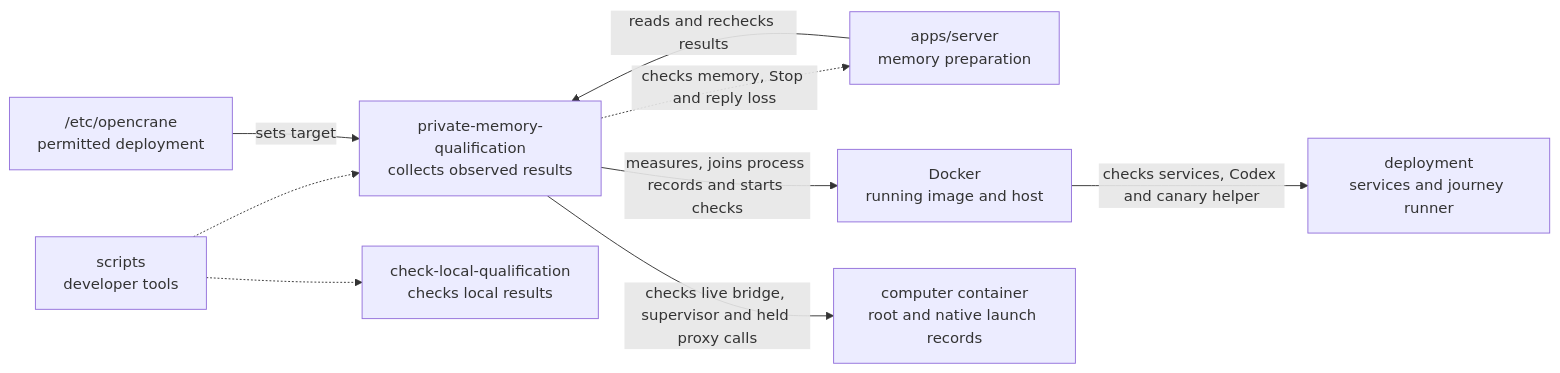
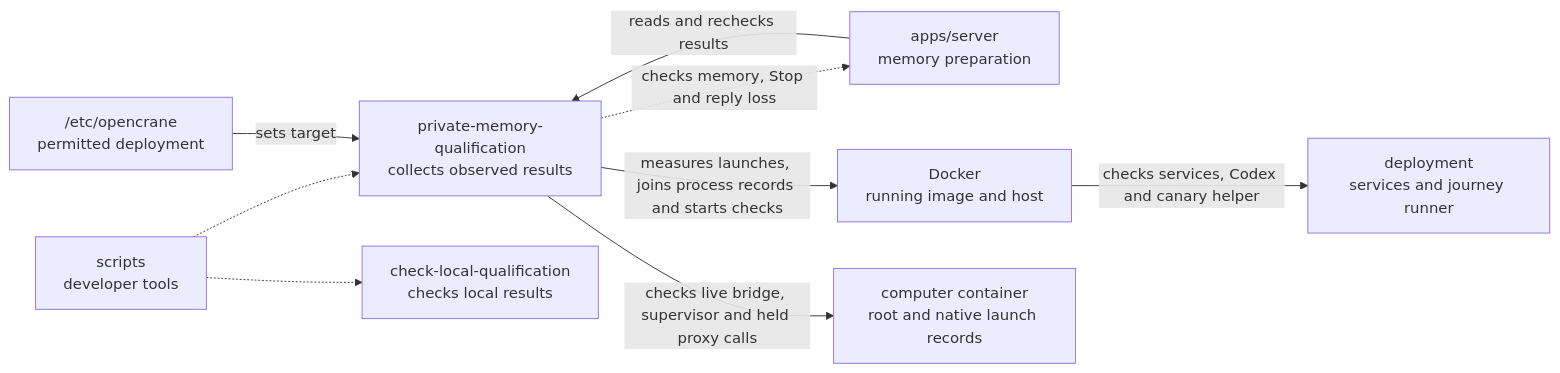
One commit to elewa-git/opencrane-new changed the diagram in scripts/private-memory-qualification/README.md. Above: the diagram before and after it, drawn with Mermaid. The commit also changed other lines of this file and 4 other files, not shown here.

Commit message:
🛡️ Bind inventory records to measured process launches

````diff
--- a/scripts/private-memory-qualification/README.md
+++ b/scripts/private-memory-qualification/README.md
@@ -19,11 +19,11 @@
 ```mermaid
 flowchart LR
   scripts["scripts<br/>developer tools"] -.-> collector["private-memory-qualification<br/>collects observed results"]
   scripts -.-> sibling["check-local-qualification<br/>checks local results"]
   server["apps/server<br/>memory preparation"] -->|reads and rechecks results| collector
   collector -.->|checks memory, Stop and reply loss| server
   config["/etc/opencrane<br/>permitted deployment"] -->|sets target| collector
-  collector -->|measures, joins process records and starts checks| docker["Docker<br/>running image and host"]
+  collector -->|measures launches, joins process records and starts checks| docker["Docker<br/>running image and host"]
   docker -->|checks services, Codex and canary helper| deployment["deployment<br/>services and journey runner"]
   collector -->|checks live bridge, supervisor and held proxy calls| computer["computer container<br/>root and native launch records"]
 ```
````
